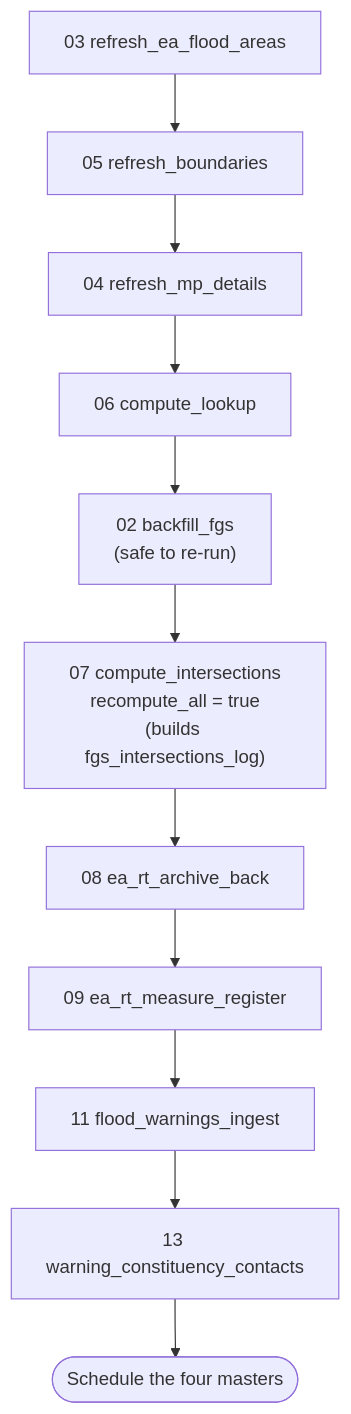
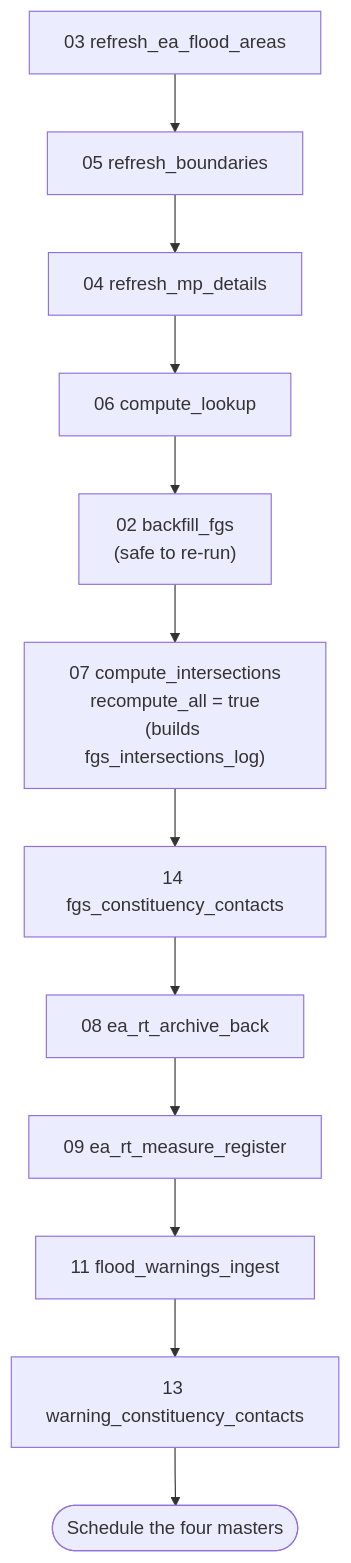
Before and after one commit to JonPayneEA/FGS_Notebooks: the first of 5 diagrams in README.md, drawn with Mermaid. The commit also changed other lines of this file and 7 other files, not shown here.

First line of the commit message:
Add fgs_constituency_mp_contacts: the proactive FGS x constituency x MP table

````diff
--- a/README.md
+++ b/README.md
@@ -117,13 +120,14 @@
 ```mermaid
 flowchart TD
     A["03 refresh_ea_flood_areas"] --> B["05 refresh_boundaries"]
     B --> C["04 refresh_mp_details"]
     C --> D["06 compute_lookup"]
     D --> E["02 backfill_fgs<br/>(safe to re-run)"]
     E --> F["07 compute_intersections<br/>recompute_all = true<br/>(builds fgs_intersections_log)"]
-    F --> G["08 ea_rt_archive_back"]
+    F --> F2["14 fgs_constituency_contacts"]
+    F2 --> G["08 ea_rt_archive_back"]
     G --> H["09 ea_rt_measure_register"]
     H --> H2["11 flood_warnings_ingest"]
     H2 --> H3["13 warning_constituency_contacts"]
     H3 --> I(["Schedule the four masters"])
 ```
````
